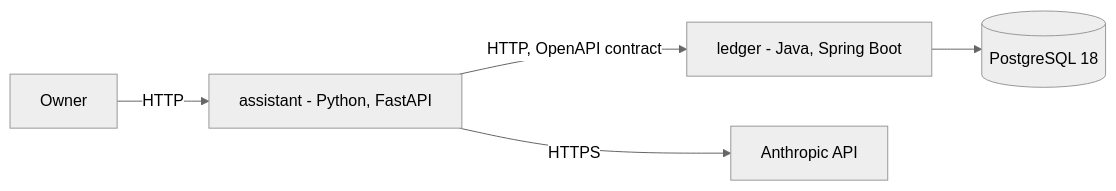
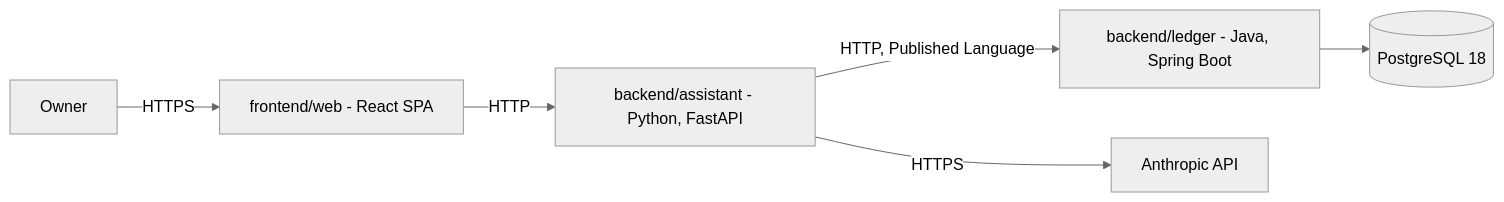
Before and after one commit to NaimElijah/FinAssist: the diagram in README.md, drawn with Mermaid (neutral theme). The commit also changed other lines of this file and 9 other files, not shown here.

````diff
--- a/README.md
+++ b/README.md
@@ -112,7 +121,8 @@
 ```mermaid
 flowchart LR
-    Owner[Owner] -->|HTTP| Assistant[assistant - Python, FastAPI]
-    Assistant -->|HTTP, OpenAPI contract| Ledger[ledger - Java, Spring Boot]
+    Owner[Owner] -->|HTTPS| Web[frontend/web - React SPA]
+    Web -->|HTTP| Assistant[backend/assistant - Python, FastAPI]
+    Assistant -->|HTTP, Published Language| Ledger[backend/ledger - Java, Spring Boot]
     Assistant -->|HTTPS| Claude[Anthropic API]
     Ledger --> DB[(PostgreSQL 18)]
 ```
````
